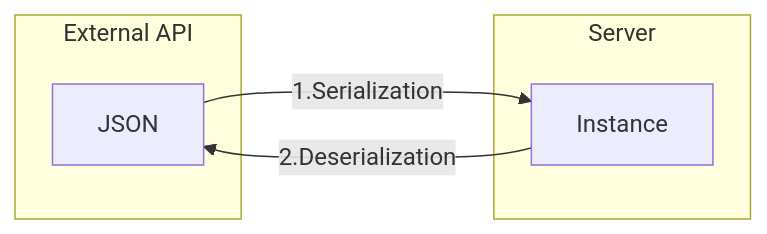
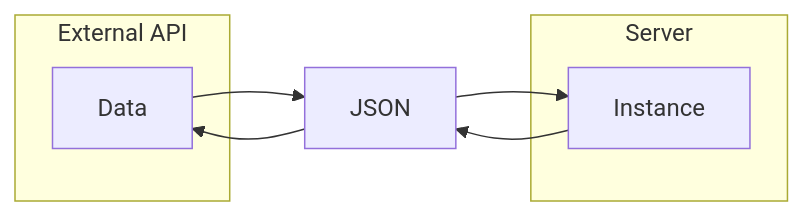
Before and after one commit to choiexe1/local: the diagram in Programming/Dart/직렬화 (Serialization).md, drawn with Mermaid. The commit also changed other lines of this file and 2 other files, not shown here.

Commit message:
vault backup: 2025-03-25 11:49:44

````diff
--- a/Programming/Dart/직렬화 (Serialization).md
+++ b/Programming/Dart/직렬화 (Serialization).md
@@ -6,15 +6,17 @@
 ```mermaid
 graph LR
 
 subgraph "External API"
-JSON
+	Data
 end
 
 subgraph Server
 	Instance
 end
 
-JSON -->|1.Serialization| Instance
+JSON
 
-Instance -->|2.Deserialization| JSON
+Data --> JSON -->  Instance
+
+Instance --> JSON --> Data 
 ```
````
